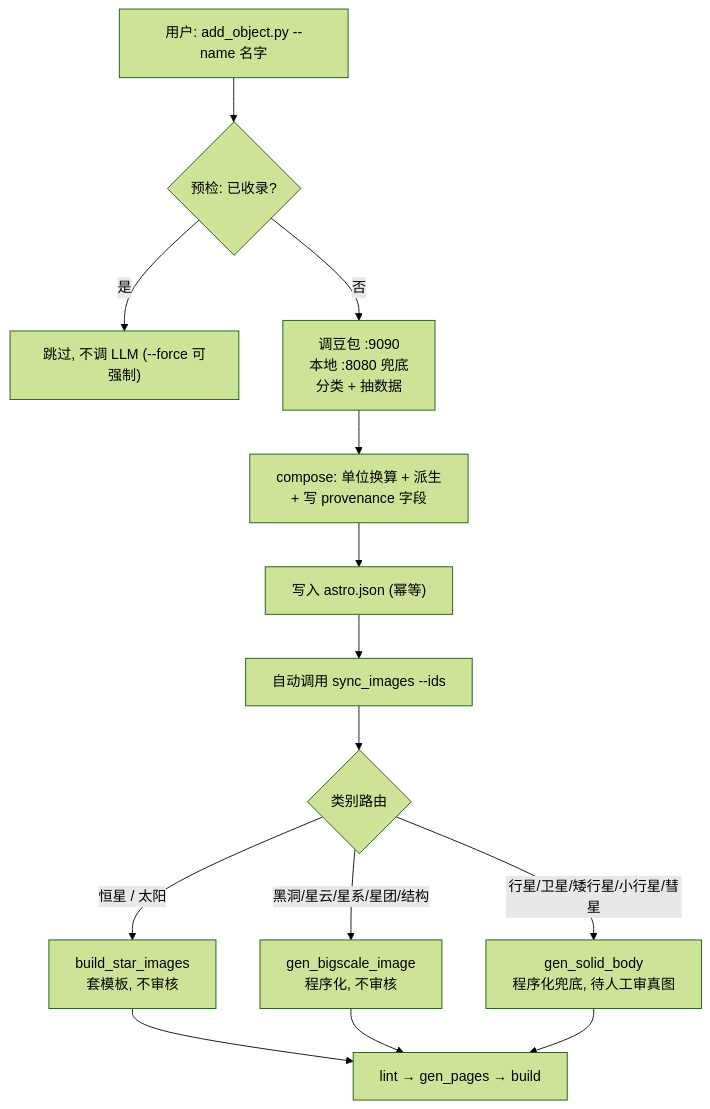
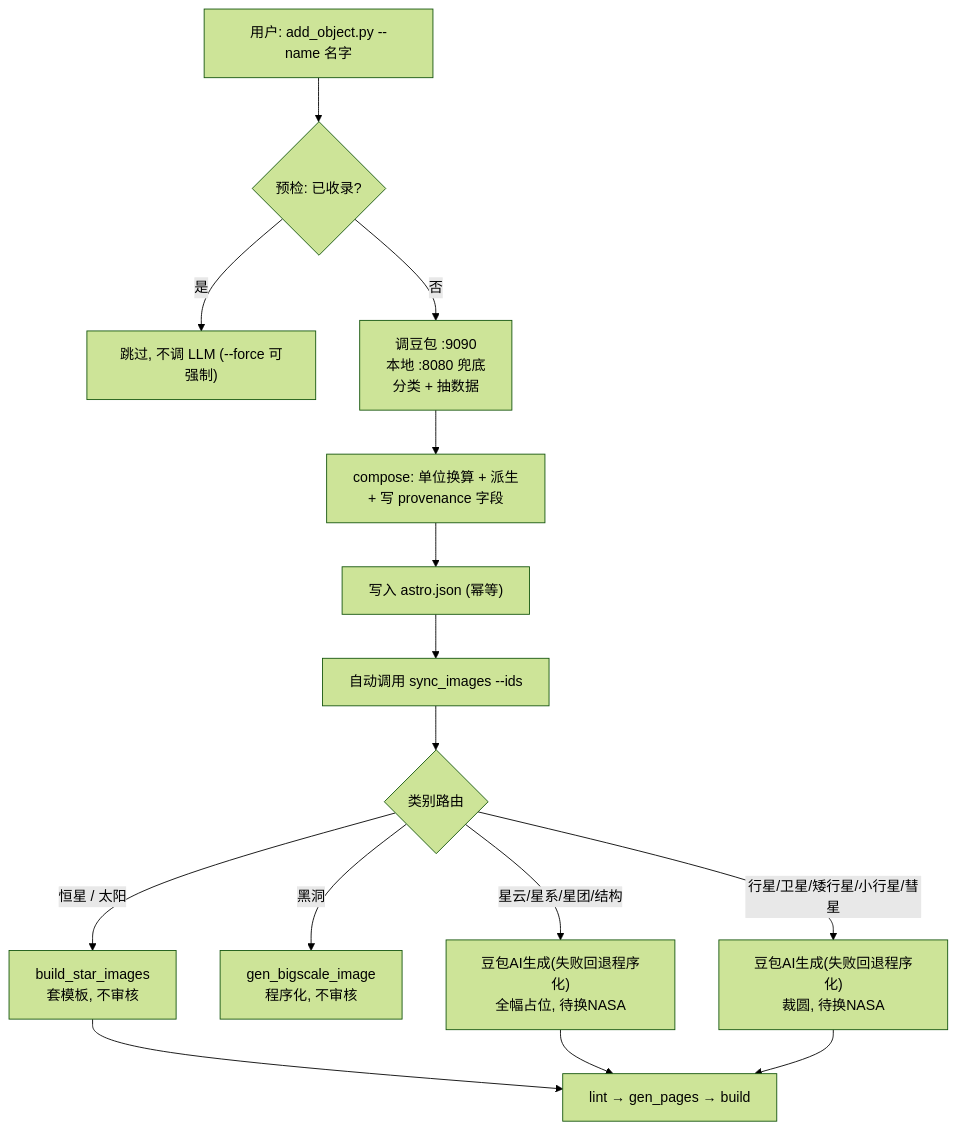
One commit to yufengwolf/astro-blog changed the second of 5 diagrams in 维护指南.md. Above: the diagram before and after it, drawn with Mermaid (forest theme). The commit also changed other lines of this file and 11 other files, not shown here.

Commit message:
fix: 图片生成改为豆包AI优先+程序化兜底(Otsu自适应裁圆,黑洞恒程序化); add_object 末尾自动gen_pages+构建+清晰总结; 行星/矮行星默认parent=sun; 维护指南/README 同步更新出图优先级

````diff
--- a/维护指南.md
+++ b/维护指南.md
@@ -48,16 +49,17 @@
 ```mermaid
 flowchart TD
     U["用户: add_object.py --name 名字"] --> P{"预检: 已收录?"}
     P -->|是| S["跳过, 不调 LLM (--force 可强制)"]
     P -->|否| L["调豆包 :9090<br/>本地 :8080 兜底<br/>分类 + 抽数据"]
     L --> C["compose: 单位换算 + 派生<br/>+ 写 provenance 字段"]
     C --> W["写入 astro.json (幂等)"]
     W --> Y["自动调用 sync_images --ids"]
     Y --> R{"类别路由"}
     R -->|恒星 / 太阳| E["build_star_images<br/>套模板, 不审核"]
-    R -->|黑洞/星云/星系/星团/结构| F["gen_bigscale_image<br/>程序化, 不审核"]
-    R -->|行星/卫星/矮行星/小行星/彗星| G["gen_solid_body<br/>程序化兜底, 待人工审真图"]
+    R -->|黑洞| F0["gen_bigscale_image<br/>程序化, 不审核"]
+    R -->|星云/星系/星团/结构| F["豆包AI生成(失败回退程序化)<br/>全幅占位, 待换NASA"]
+    R -->|行星/卫星/矮行星/小行星/彗星| G["豆包AI生成(失败回退程序化)<br/>裁圆, 待换NASA"]
     E --> V["lint → gen_pages → build"]
     F --> V
     G --> V
 ```
````
